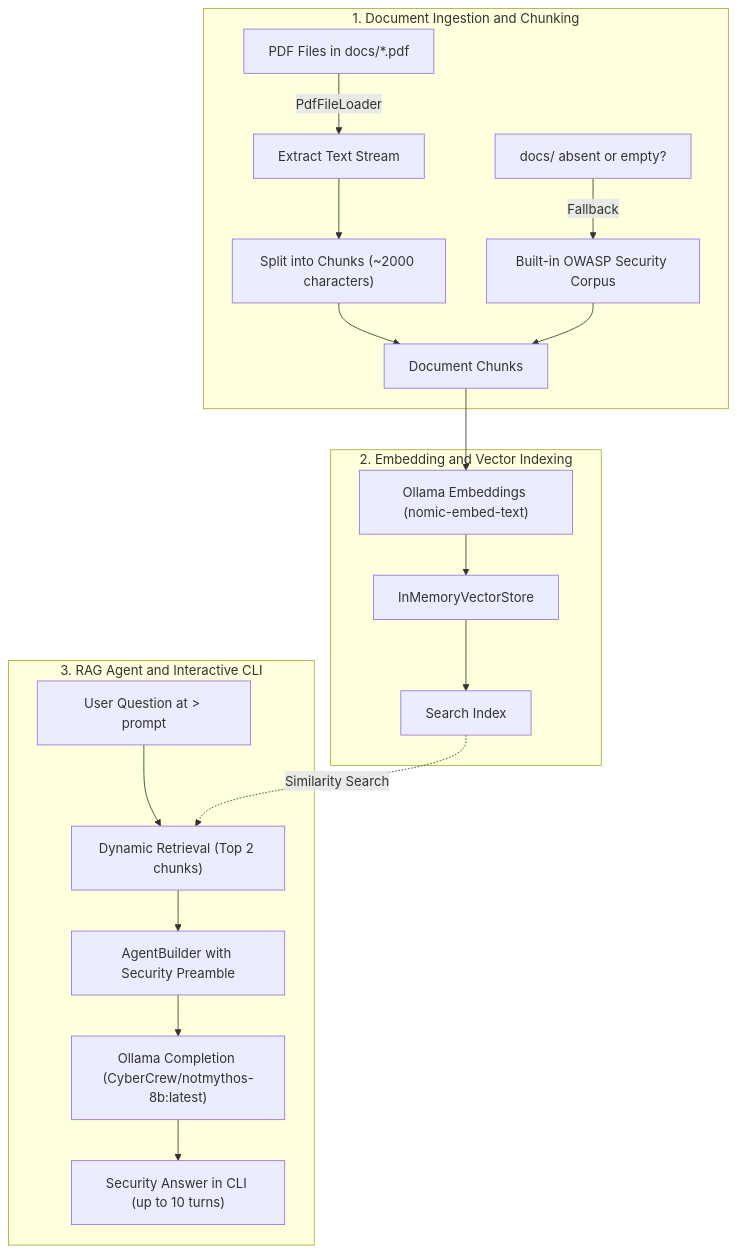
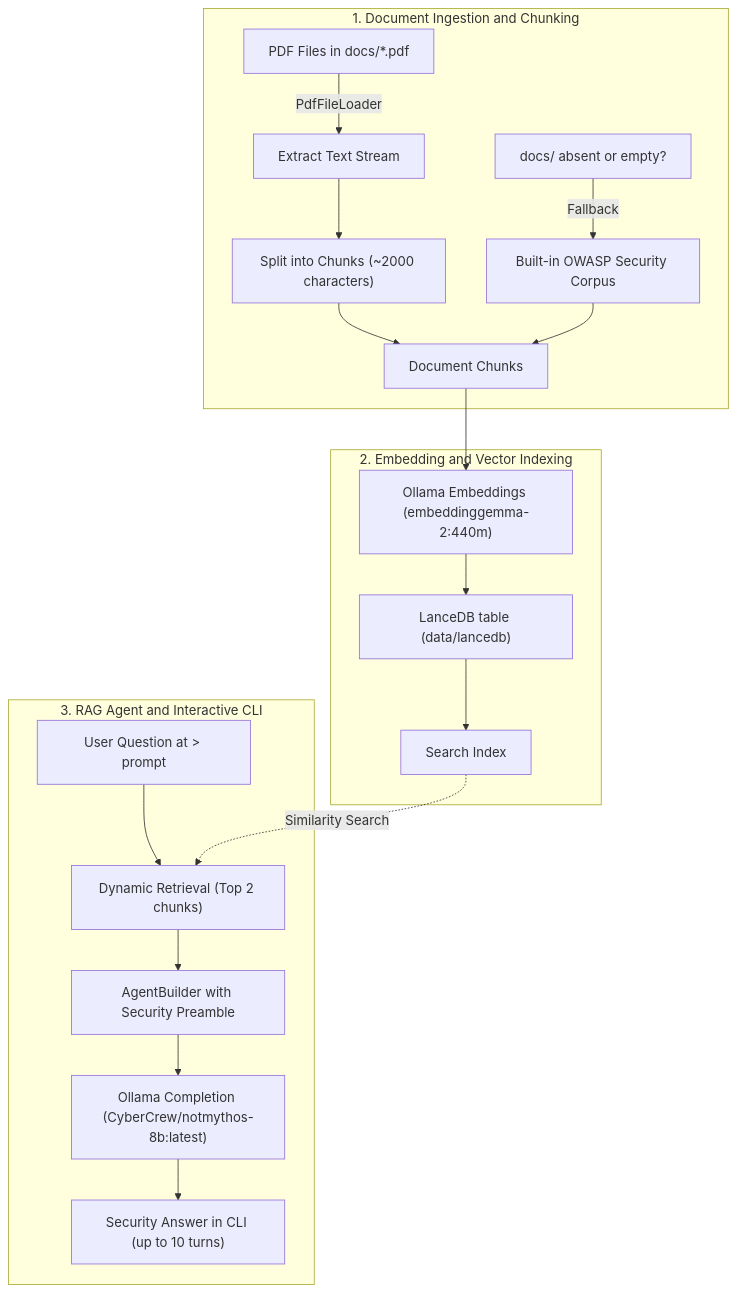
The diagram in README.md (prithivi-tekspaz/security-rag-copy), drawn with Mermaid before and after one commit. The commit also changed other lines of this file and 5 other files, not shown here.

First line of the commit message:
Use LanceDB vector store, Rig 0.46, dotenvy config, embeddinggemma-2:440m

````diff
--- a/README.md
+++ b/README.md
@@ -13,24 +13,24 @@
 ```mermaid
 flowchart TD
     subgraph Ingestion ["1. Document Ingestion and Chunking"]
         A["PDF Files in docs/*.pdf"] -->|PdfFileLoader| B["Extract Text Stream"]
         B --> C["Split into Chunks (~2000 characters)"]
         FB["docs/ absent or empty?"] -->|Fallback| FC["Built-in OWASP Security Corpus"]
         C --> D["Document Chunks"]
         FC --> D
     end
 
     subgraph Embedding ["2. Embedding and Vector Indexing"]
-        D --> E["Ollama Embeddings (nomic-embed-text)"]
-        E --> F["InMemoryVectorStore"]
+        D --> E["Ollama Embeddings (embeddinggemma-2:440m)"]
+        E --> F["LanceDB table (data/lancedb)"]
         F --> G["Search Index"]
     end
 
     subgraph Chatbot ["3. RAG Agent and Interactive CLI"]
         H["User Question at > prompt"] --> I["Dynamic Retrieval (Top 2 chunks)"]
         G -.->|Similarity Search| I
         I --> J["AgentBuilder with Security Preamble"]
         J --> K["Ollama Completion (CyberCrew/notmythos-8b:latest)"]
         K --> L["Security Answer in CLI (up to 10 turns)"]
     end
 ```
````
